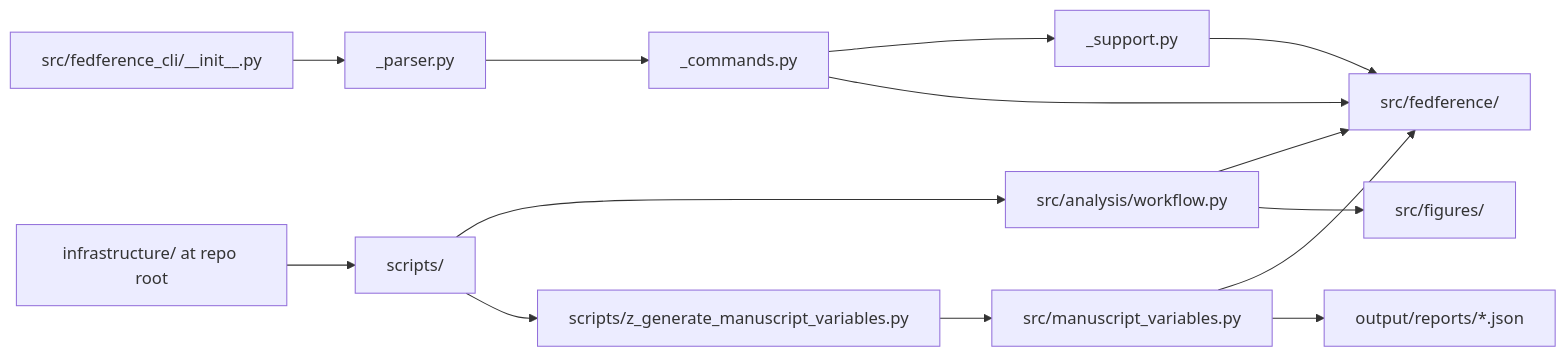
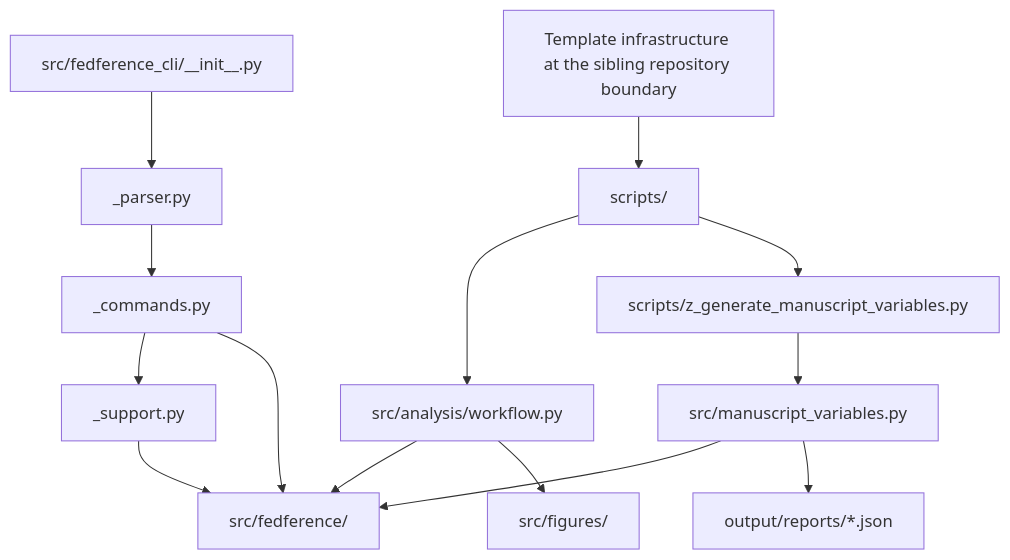
Before and after one commit to ActiveInferenceInstitute/Active_Fedference: the first of 2 diagrams in docs/core/architecture.md, drawn with Mermaid. The commit also changed other lines of this file and 87 other files, not shown here.

````diff
--- a/docs/core/architecture.md
+++ b/docs/core/architecture.md
@@ -49,16 +49,18 @@
 ```mermaid
-flowchart LR
-    scripts[scripts/] --> analysis[src/analysis/workflow.py]
-    scripts --> vars[scripts/z_generate_manuscript_variables.py]
-    analysis --> fedference[src/fedference/]
+flowchart TB
+    accTitle: Dependency direction across source packages
+    accDescr: Thin scripts depend on analysis and hydration entry points, analysis and CLI modules depend on the domain package, and manuscript variables read validated reports without an upward domain import.
+    scripts["scripts/"] --> analysis["src/analysis/workflow.py"]
+    scripts --> vars["scripts/z_generate_manuscript_variables.py"]
+    analysis --> fedference["src/fedference/"]
     cli_facade["src/fedference_cli/__init__.py"] --> cli_parser["_parser.py"]
     cli_parser --> cli_commands["_commands.py"]
     cli_commands --> cli_support["_support.py"]
     cli_commands --> fedference
     cli_support --> fedference
-    analysis --> figures[src/figures/]
-    vars --> manuscript_vars[src/manuscript_variables.py]
+    analysis --> figures["src/figures/"]
+    vars --> manuscript_vars["src/manuscript_variables.py"]
     manuscript_vars --> fedference
-    manuscript_vars --> reports[output/reports/*.json]
-    infra[infrastructure/ at repo root] --> scripts
+    manuscript_vars --> reports["output/reports/*.json"]
+    infra["Template infrastructure at the sibling repository boundary"] --> scripts
 ```
````
